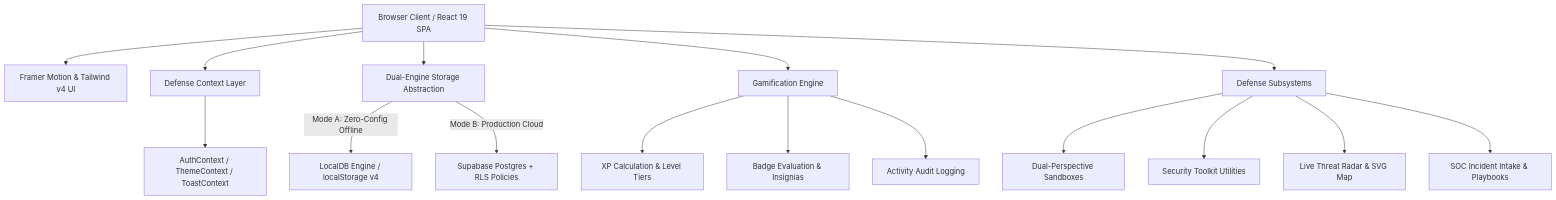
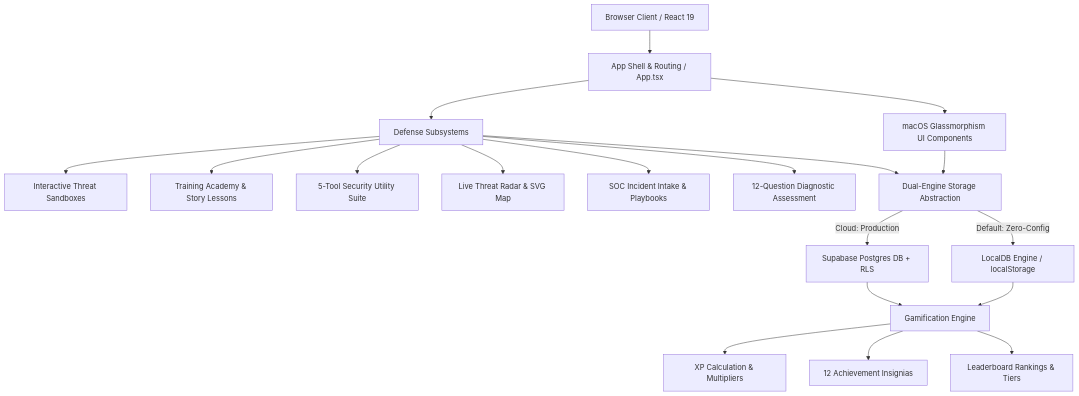
One commit to TirthK17/CyberGuard changed the diagram in README.md. Above: the diagram before and after it, drawn with Mermaid. The commit also changed other lines of this file and 38 other files, not shown here.

````diff
--- a/README.md
+++ b/README.md
@@ -170,21 +310,25 @@
 ```mermaid
 graph TD
-    A[Browser Client / React 19 SPA] --> B[Framer Motion & Tailwind v4 UI]
-    A --> C[Defense Context Layer]
-    C --> D[AuthContext / ThemeContext / ToastContext]
+    A[Browser Client / React 19] --> B[App Shell & Routing / App.tsx]
+    B --> C[macOS Glassmorphism UI Components]
+    B --> D[Defense Subsystems]
     
-    A --> E[Dual-Engine Storage Abstraction]
-    E -->|Mode A: Zero-Config Offline| F[LocalDB Engine / localStorage v4]
-    E -->|Mode B: Production Cloud| G[Supabase Postgres + RLS Policies]
+    D --> D1[Interactive Threat Sandboxes]
+    D --> D2[Training Academy & Story Lessons]
+    D --> D3[5-Tool Security Utility Suite]
+    D --> D4[Live Threat Radar & SVG Map]
+    D --> D5[SOC Incident Intake & Playbooks]
+    D --> D6[12-Question Diagnostic Assessment]
     
-    A --> H[Gamification Engine]
-    H --> I[XP Calculation & Level Tiers]
-    H --> J[Badge Evaluation & Insignias]
-    H --> K[Activity Audit Logging]
+    C --> E[Dual-Engine Storage Abstraction]
+    D --> E
     
-    A --> L[Defense Subsystems]
-    L --> M[Dual-Perspective Sandboxes]
-    L --> N[Security Toolkit Utilities]
-    L --> O[Live Threat Radar & SVG Map]
-    L --> P[SOC Incident Intake & Playbooks]
+    E -->|Default: Zero-Config| F[LocalDB Engine / localStorage]
+    E -->|Cloud: Production| G[Supabase Postgres DB + RLS]
+    
+    F --> H[Gamification Engine]
+    G --> H
+    H --> H1[XP Calculation & Multipliers]
+    H --> H2[12 Achievement Insignias]
+    H --> H3[Leaderboard Rankings & Tiers]
 ```
````
